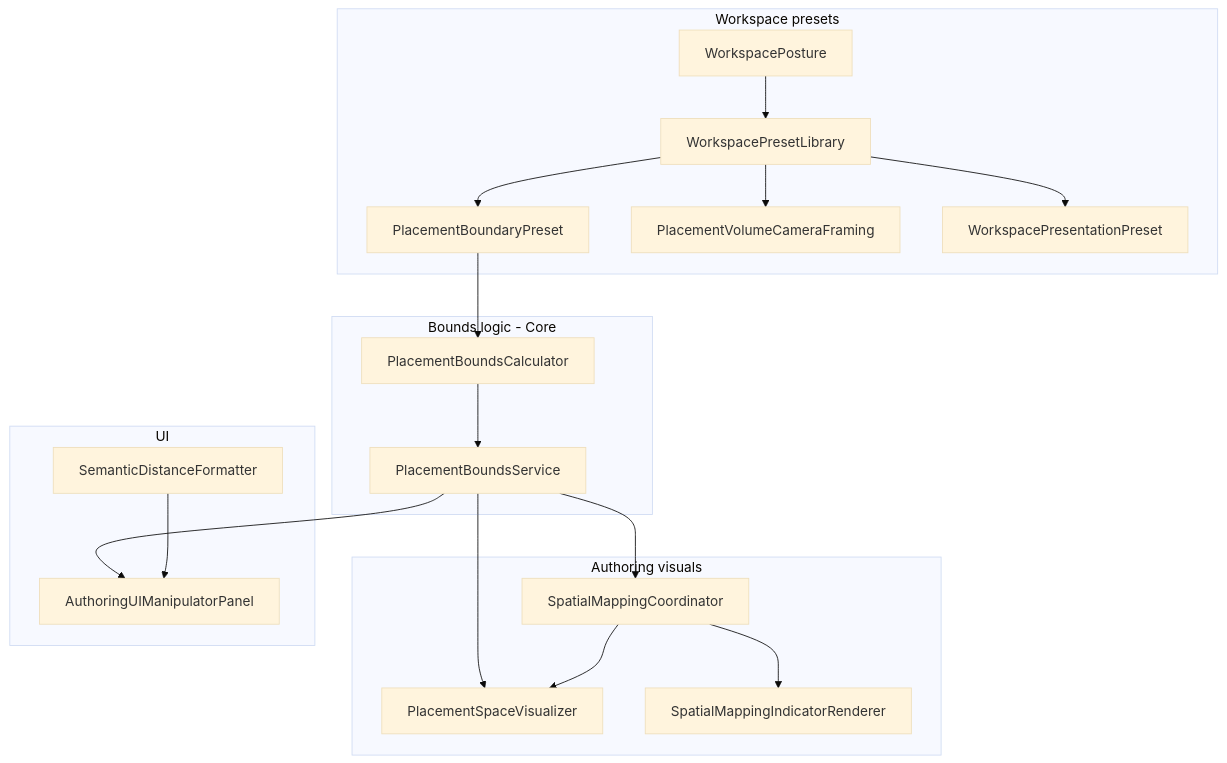
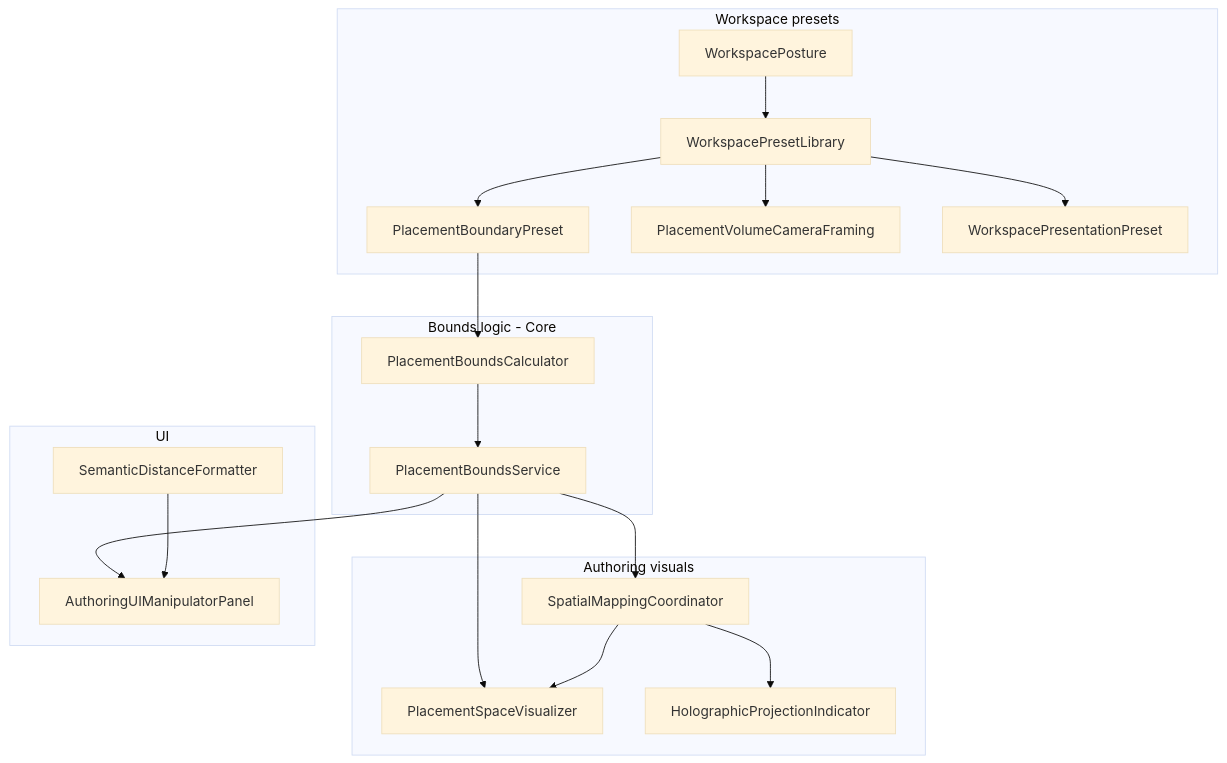
One commit to st998814/S1-67-IVE-AR-Gallery- changed the diagram in AuthoringTool/Assets/Scripts/docs/Authoring/SpatialMappingSystem.md. Above: the diagram before and after it, drawn with Mermaid (base theme). The commit also changed other lines of this file and 4 other files, not shown here.

````diff
--- a/AuthoringTool/Assets/Scripts/docs/Authoring/SpatialMappingSystem.md
+++ b/AuthoringTool/Assets/Scripts/docs/Authoring/SpatialMappingSystem.md
@@ -24,39 +24,39 @@
 ```mermaid
 flowchart TB
   subgraph presets [Workspace presets]
     Posture[WorkspacePosture]
     Lib[WorkspacePresetLibrary]
     Boundary[PlacementBoundaryPreset]
     Camera[PlacementVolumeCameraFraming]
     Present[WorkspacePresentationPreset]
   end
 
   subgraph logic [Bounds logic - Core]
     Calc[PlacementBoundsCalculator]
     PBS[PlacementBoundsService]
   end
 
   subgraph visuals [Authoring visuals]
     Coord[SpatialMappingCoordinator]
     Volume[PlacementSpaceVisualizer]
-    Indicators[SpatialMappingIndicatorRenderer]
+    Hologram[HolographicProjectionIndicator]
   end
 
   subgraph ui [UI]
     Sliders[AuthoringUIManipulatorPanel]
     Formatter[SemanticDistanceFormatter]
   end
 
   Posture --> Lib
   Lib --> Boundary
   Lib --> Camera
   Lib --> Present
   Boundary --> Calc
   Calc --> PBS
   PBS --> Volume
   PBS --> Sliders
   Formatter --> Sliders
   Coord --> Volume
-  Coord --> Indicators
+  Coord --> Hologram
   PBS --> Coord
 ```
````
